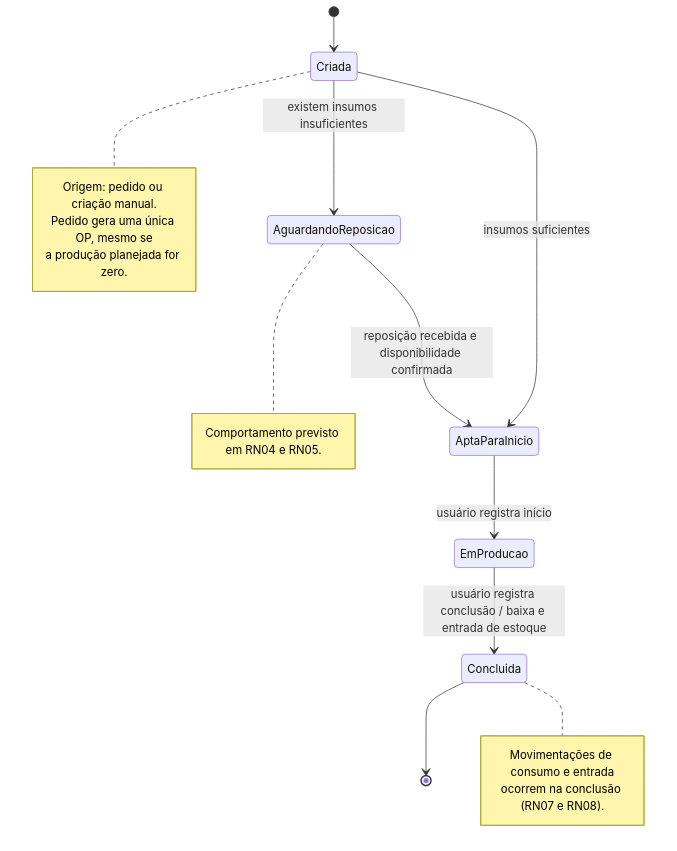
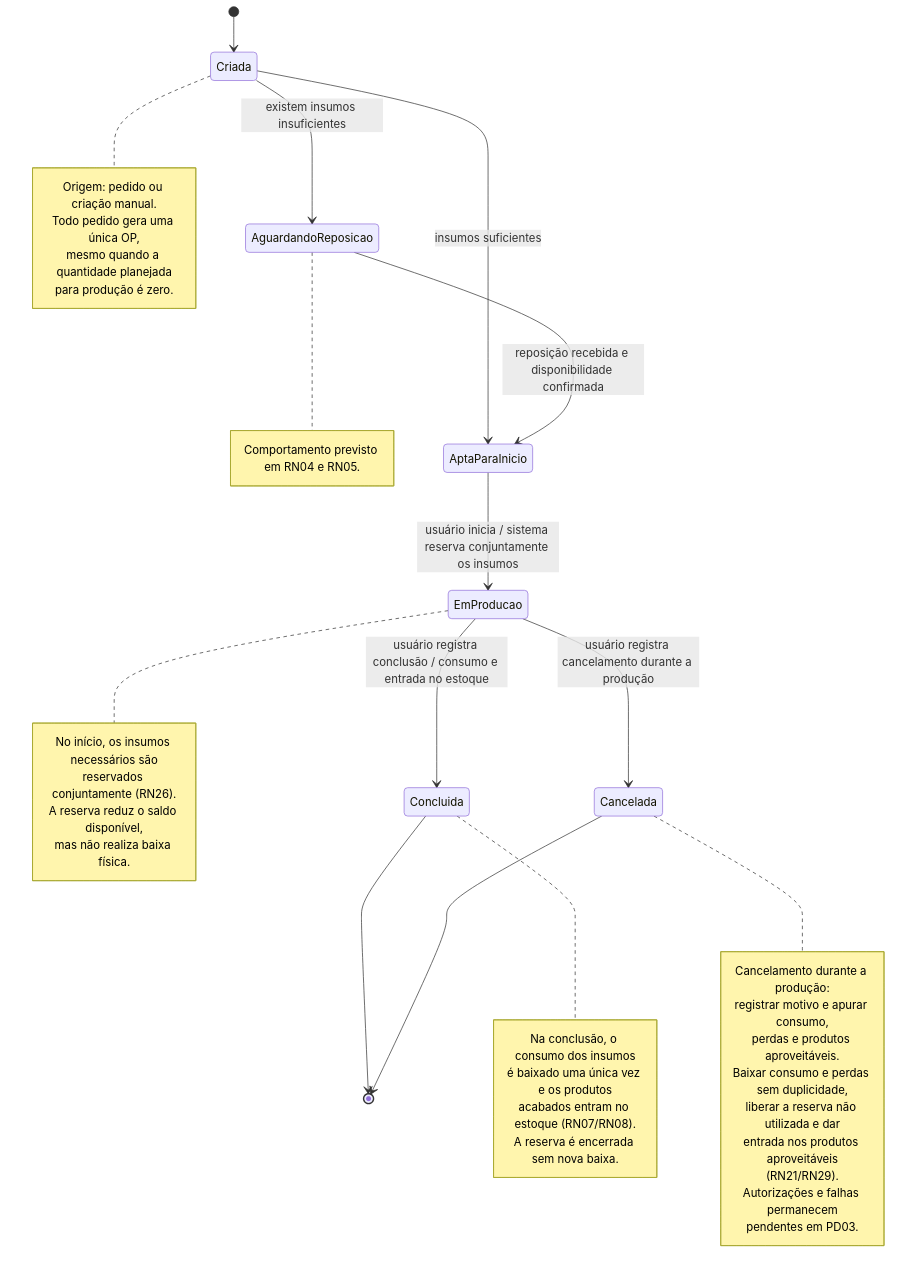
The diagram in docs/03-modelagem/estados/estado-ordem-producao.mmd (GabrielSantos-Silva/TCC---Gestao-Integrada), drawn with Mermaid before and after one commit.

```diff
--- a/docs/03-modelagem/estados/estado-ordem-producao.mmd
+++ b/docs/03-modelagem/estados/estado-ordem-producao.mmd
@@ -1,20 +1,52 @@
 stateDiagram-v2
     [*] --> Criada
+
     Criada --> AguardandoReposicao: existem insumos insuficientes
     Criada --> AptaParaInicio: insumos suficientes
+
     AguardandoReposicao --> AptaParaInicio: reposição recebida e disponibilidade confirmada
-    AptaParaInicio --> EmProducao: usuário registra início
-    EmProducao --> Concluida: usuário registra conclusão / baixa e entrada de estoque
+
+    AptaParaInicio --> EmProducao: usuário inicia / sistema reserva conjuntamente os insumos
+
+    EmProducao --> Concluida: usuário registra conclusão / consumo e entrada no estoque
+    EmProducao --> Cancelada: usuário registra cancelamento durante a produção
+
     Concluida --> [*]
+    Cancelada --> [*]
+
     note right of Criada
       Origem: pedido ou criação manual.
-      Pedido gera uma única OP, mesmo se
-      a produção planejada for zero.
+      Todo pedido gera uma única OP,
+      mesmo quando a quantidade planejada
+      para produção é zero.
     end note
+
     note right of AguardandoReposicao
       Comportamento previsto em RN04 e RN05.
     end note
+
+    note right of EmProducao
+      No início, os insumos necessários são
+      reservados conjuntamente (RN26).
+      A reserva reduz o saldo disponível,
+      mas não realiza baixa física.
+    end note
+
     note right of Concluida
-      Movimentações de consumo e entrada
-      ocorrem na conclusão (RN07 e RN08).
+      Na conclusão, o consumo dos insumos
+      é baixado uma única vez e os produtos
+      acabados entram no estoque (RN07/RN08).
+      A reserva é encerrada sem nova baixa.
     end note
+
+    note right of Cancelada
+      Cancelamento durante a produção:
+      registrar motivo e apurar consumo,
+      perdas e produtos aproveitáveis.
+      Baixar consumo e perdas sem duplicidade,
+      liberar a reserva não utilizada e dar
+      entrada nos produtos aproveitáveis
+      (RN21/RN29).
+      Autorizações e falhas permanecem
+      pendentes em PD03.
+    end note
```
